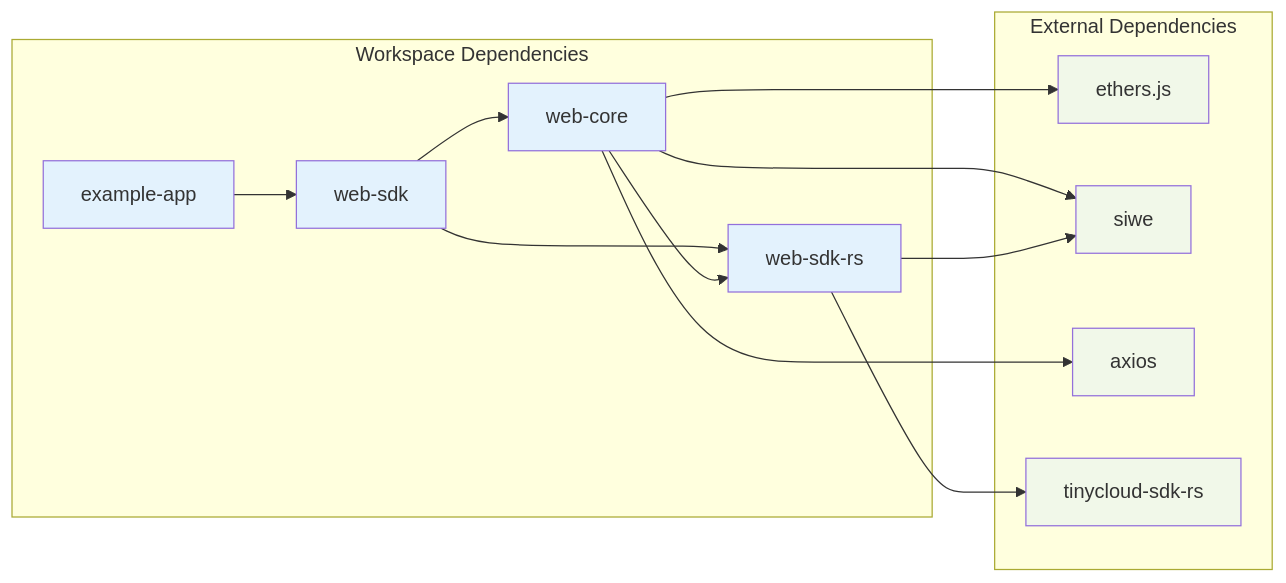
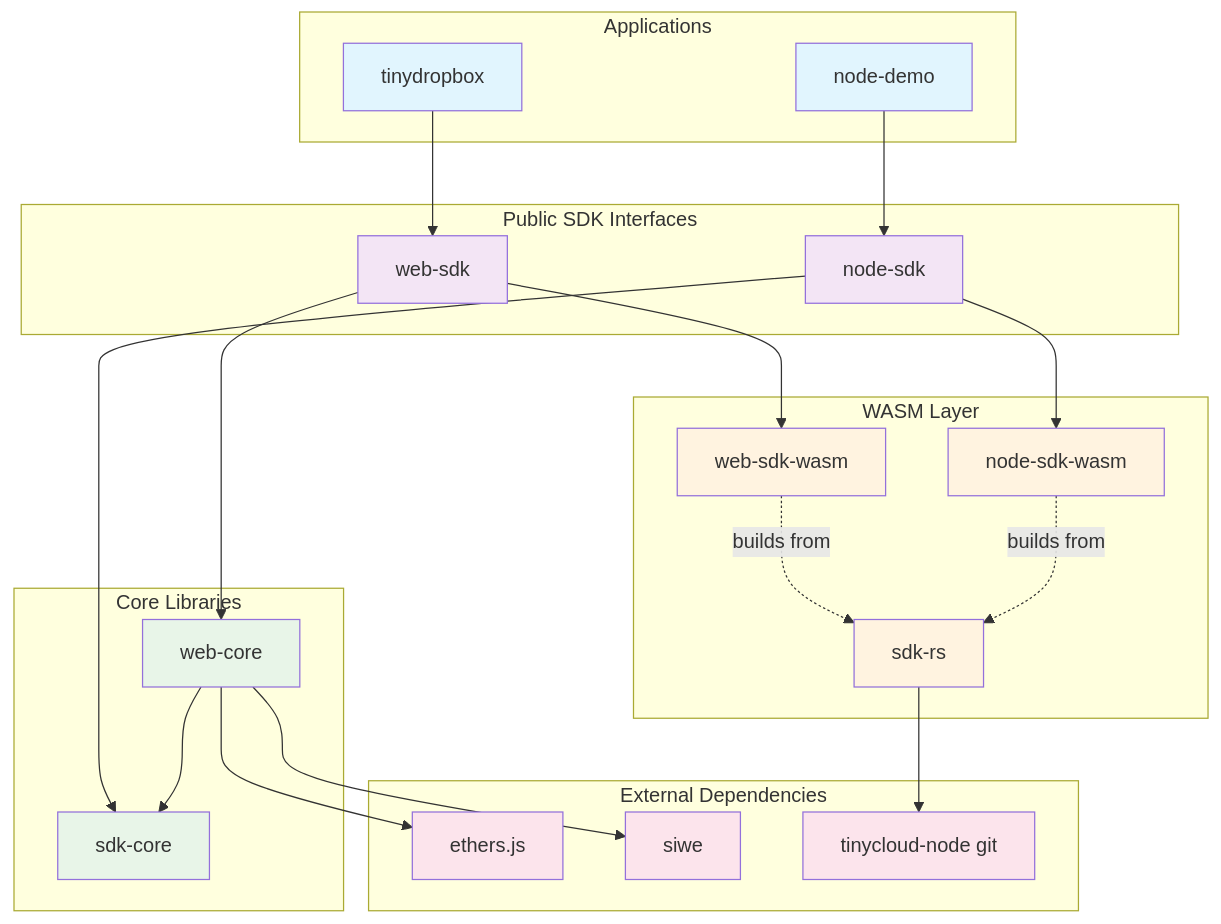
One commit to TinyCloudLabs/web-sdk changed the second of 9 diagrams in architecture.md. Above: the diagram before and after it, drawn with Mermaid. The commit also changed other lines of this file and 94 other files, not shown here.

First line of the commit message:
Support Node with JS SDK (#36)

````diff
--- a/architecture.md
+++ b/architecture.md
@@ -88,32 +113,57 @@
 ```mermaid
-graph LR
-    subgraph "Workspace Dependencies"
+graph TB
+    subgraph "Applications"
+        TD[tinydropbox]
+        ND[node-demo]
+    end
+
+    subgraph "Public SDK Interfaces"
         WS[web-sdk]
+        NS[node-sdk]
+    end
+
+    subgraph "Core Libraries"
         WC[web-core]
-        WR[web-sdk-rs]
-        EX[example-app]
+        SC[sdk-core]
     end
-    
+
+    subgraph "WASM Layer"
+        SR[sdk-rs]
+        WSW[web-sdk-wasm]
+        NSW[node-sdk-wasm]
+    end
+
     subgraph "External Dependencies"
         ET[ethers.js]
         SW[siwe]
-        AX[axios]
-        TC[tinycloud-sdk-rs]
+        TC[tinycloud-node git]
     end
-    
+
+    TD --> WS
+    ND --> NS
+
     WS --> WC
-    WS --> WR
-    WC --> WR
+    WS --> WSW
+    NS --> SC
+    NS --> NSW
+
+    WC --> SC
     WC --> ET
     WC --> SW
-    WC --> AX
-    WR --> TC
-    WR --> SW
-    EX --> WS
-    
-    classDef workspace fill:#e3f2fd
-    classDef external fill:#f1f8e9
-    
-    class WS,WC,WR,EX workspace
-    class ET,SW,AX,TC external
+
+    SR --> TC
+    WSW -.builds from.-> SR
+    NSW -.builds from.-> SR
+
+    classDef app fill:#e1f5fe
+    classDef sdk fill:#f3e5f5
+    classDef core fill:#e8f5e8
+    classDef wasm fill:#fff3e0
+    classDef external fill:#fce4ec
+
+    class TD,ND app
+    class WS,NS sdk
+    class WC,SC core
+    class SR,WSW,NSW wasm
+    class ET,SW,TC external
 ```
````
